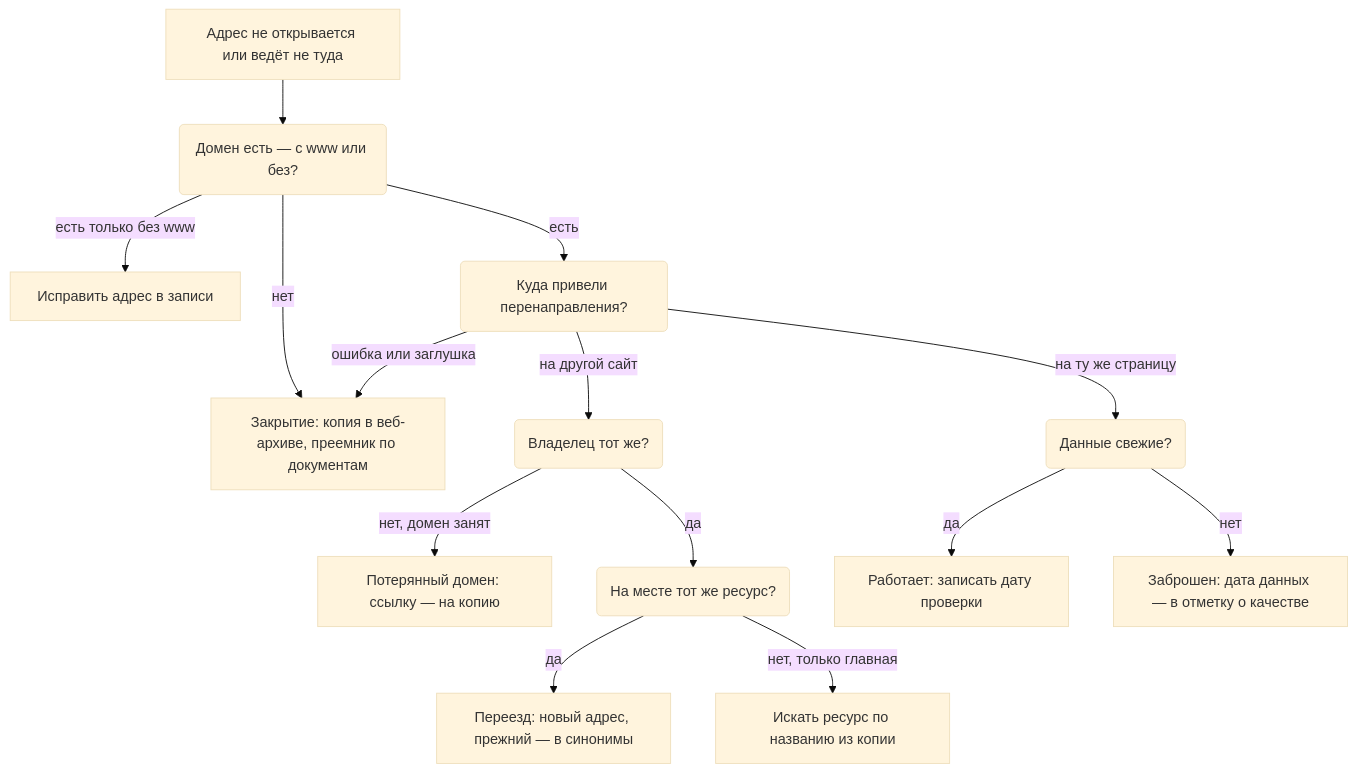
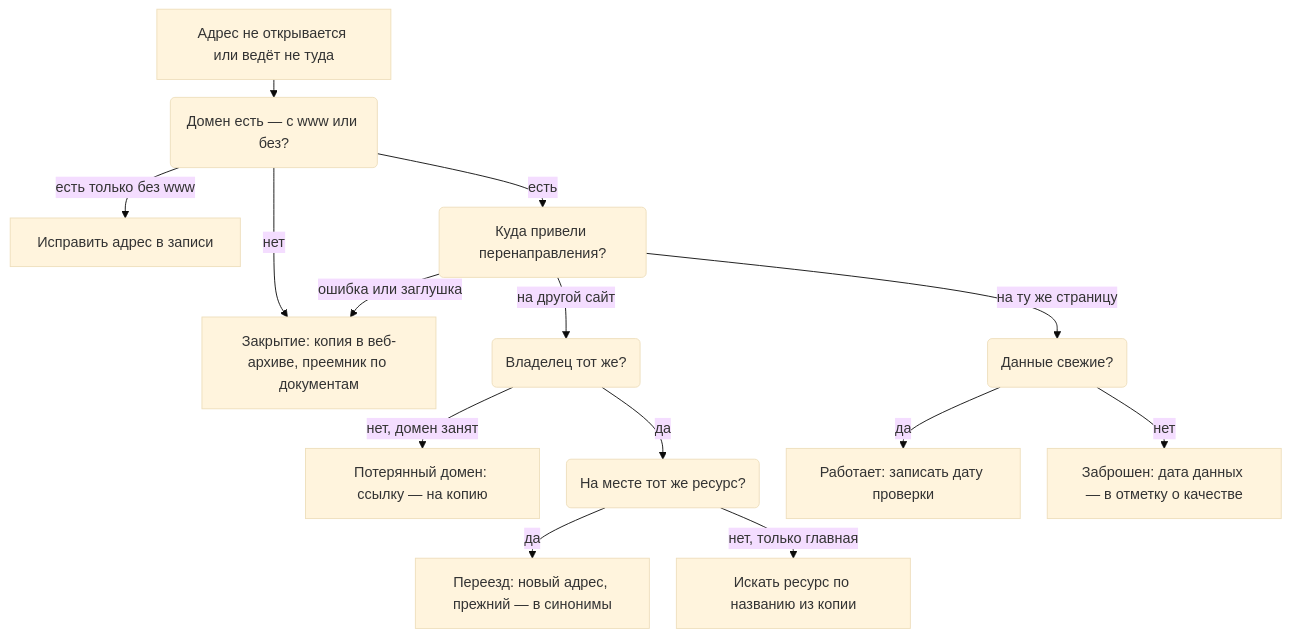
Before and after one commit to ivbeg/data-inventory: the first of 2 diagrams in docs/04-sources/06-legacy.md, drawn with Mermaid (base theme). The commit also changed other lines of this file and 34 other files, not shown here.

First line of the commit message:
Читаемая карта от продукта и единый размер схем в PDF

````diff
--- a/docs/04-sources/06-legacy.md
+++ b/docs/04-sources/06-legacy.md
@@ -39,16 +39,24 @@
 ```mermaid
+---
+config:
+  layout: dagre
+  flowchart:
+    rankSpacing: 20
+    nodeSpacing: 30
+    minNodeWidth: 40
+---
 flowchart TB
   A["Адрес не открывается или ведёт не туда"] --> D("Домен есть — с www или без?")
   D -- "нет" --> X["Закрытие: копия в веб-архиве, преемник по документам"]
   D -- "есть только без www" --> W["Исправить адрес в записи"]
   D -- "есть" --> R("Куда привели перенаправления?")
   R -- "ошибка или заглушка" --> X
   R -- "на другой сайт" --> O("Владелец тот же?")
   O -- "нет, домен занят" --> L["Потерянный домен: ссылку — на копию"]
   O -- "да" --> M("На месте тот же ресурс?")
   M -- "да" --> MV["Переезд: новый адрес, прежний — в синонимы"]
   M -- "нет, только главная" --> S["Искать ресурс по названию из копии"]
   R -- "на ту же страницу" --> C("Данные свежие?")
   C -- "да" --> OK["Работает: записать дату проверки"]
   C -- "нет" --> Q["Заброшен: дата данных — в отметку о качестве"]
 ```
````
